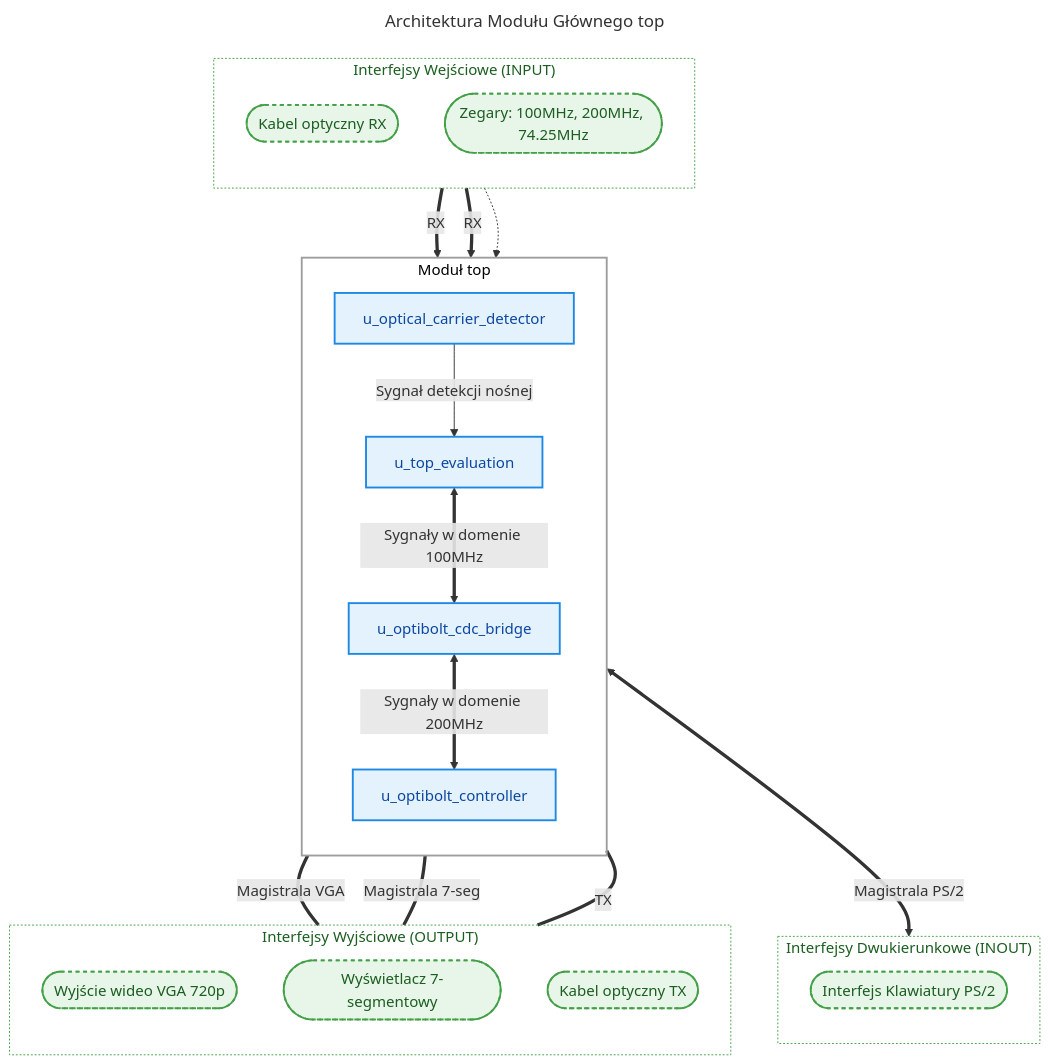
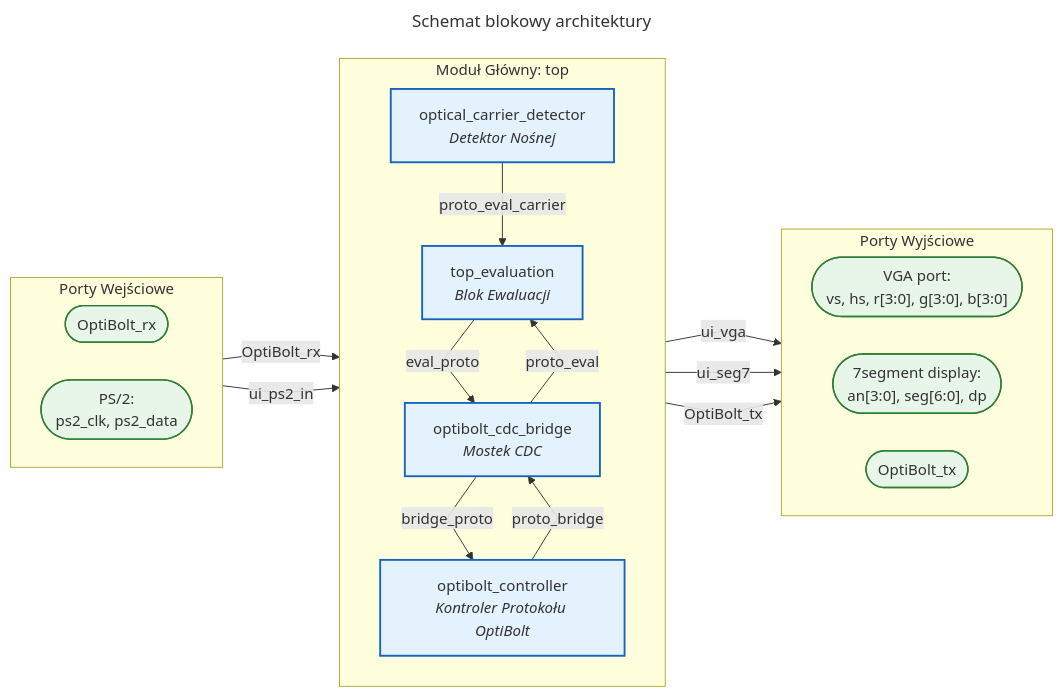
One commit to Ziemniaczenka/OptiBolt-protocol-and-evaluation changed the diagram in doc/schematic/top_schematic.mmd. Above: the diagram before and after it, drawn with Mermaid. The commit also changed 8 other files, not shown here.

Commit message:
Add graphs for raport

```diff
--- a/doc/schematic/top_schematic.mmd
+++ b/doc/schematic/top_schematic.mmd
@@ -1,50 +1,41 @@
 ---
-title: Architektura Modułu Głównego top
+title: "Schemat blokowy architektury"
 ---
-flowchart TD
-  classDef ext_port fill:#e8f5e9,stroke:#43a047,stroke-width:2px,stroke-dasharray: 4 4,color:#1b5e20;
-  classDef inst fill:#e3f2fd,stroke:#1e88e5,stroke-width:2px,color:#0d47a1;
+%%{init: {'flowchart': {'curve': 'linear', 'nodeSpacing': 40, 'rankSpacing': 40}}}%%
+flowchart LR
+    subgraph EXT_IN ["Porty Wejściowe"]
+        direction LR
+        p_opt_rx(["OptiBolt_rx"]):::port
+        p_ps2_in(["PS/2:<br>ps2_clk, ps2_data"]):::port
+    end
 
-  style top fill:transparent,stroke:#9e9e9e,stroke-width:2px,color:#000000
-  style Grp_In fill:transparent,stroke:#43a047,stroke-width:1px,stroke-dasharray: 2 2,color:#1b5e20
-  style Grp_Out fill:transparent,stroke:#43a047,stroke-width:1px,stroke-dasharray: 2 2,color:#1b5e20
-  style Grp_InOut fill:transparent,stroke:#43a047,stroke-width:1px,stroke-dasharray: 2 2,color:#1b5e20
+    subgraph top ["Moduł Główny: top"]
+        direction TB
+        OCD["optical_carrier_detector<br><i>Detektor Nośnej</i>"]:::inst
+        EVAL["top_evaluation<br><i>Blok Ewaluacji</i>"]:::inst
+        CDC["optibolt_cdc_bridge<br><i>Mostek CDC</i>"]:::inst
+        PROTO["optibolt_controller<br><i>Kontroler Protokołu OptiBolt</i>"]:::inst
 
-  subgraph Grp_In ["Interfejsy Wejściowe (INPUT)"]
-    direction TB
-    Opt_RX(["Kabel optyczny RX"]):::ext_port
-    Clocks(["Zegary: 100MHz, 200MHz, 74.25MHz"]):::ext_port
-  end
+        OCD -->|proto_eval_carrier| EVAL
+        EVAL -->|eval_proto| CDC
+        CDC -->|proto_eval| EVAL
+        CDC -->|bridge_proto| PROTO
+        PROTO -->|proto_bridge| CDC
+    end
 
-  subgraph Grp_InOut ["Interfejsy Dwukierunkowe (INOUT)"]
-    direction TB
-    PS2(["Interfejs Klawiatury PS/2"]):::ext_port
-  end
+    subgraph EXT_OUT ["Porty Wyjściowe"]
+        direction LR
+        p_vga(["VGA port:<br>vs, hs, r[3:0], g[3:0], b[3:0]"]):::port
+        p_seg7(["7segment display:<br>an[3:0], seg[6:0], dp"]):::port
+        p_opt_tx(["OptiBolt_tx"]):::port
+    end
 
-  subgraph Grp_Out ["Interfejsy Wyjściowe (OUTPUT)"]
-    direction TB
-    UI_Video(["Wyjście wideo VGA 720p"]):::ext_port
-    UI_Seg(["Wyświetlacz 7-segmentowy"]):::ext_port
-    Opt_TX(["Kabel optyczny TX"]):::ext_port
-  end
+    %% Połączenia zewnętrzne (z/do modułu top)
+    p_opt_rx -->|OptiBolt_rx| top
+    p_ps2_in -->|ui_ps2_in| top
+    top -->|ui_vga| p_vga
+    top -->|ui_seg7| p_seg7
+    top -->|OptiBolt_tx| p_opt_tx
 
-  subgraph top ["Moduł top"]
-    direction TB
-    Eval["u_top_evaluation"]:::inst
-    Detector["u_optical_carrier_detector"]:::inst
-    Bridge["u_optibolt_cdc_bridge"]:::inst
-    Ctrl["u_optibolt_controller"]:::inst
-  end
-
-  Opt_RX ==>|RX| Detector
-  Opt_RX ==>|RX| Ctrl
-  Clocks -.-> top
-
-  Eval <==>|Magistrala PS/2| PS2
-  Eval ===|Magistrala VGA| UI_Video
-  Eval ===|Magistrala 7-seg| UI_Seg
-  Ctrl ===|TX| Opt_TX
-
-  Detector -->|Sygnał detekcji nośnej| Eval
-  Eval <==>|Sygnały w domenie 100MHz| Bridge
-  Bridge <==>|Sygnały w domenie 200MHz| Ctrl
+    classDef port fill:#e8f5e9,stroke:#2e7d32,stroke-width:1.5px;
+    classDef inst fill:#e3f2fd,stroke:#1565c0,stroke-width:2px;
```
